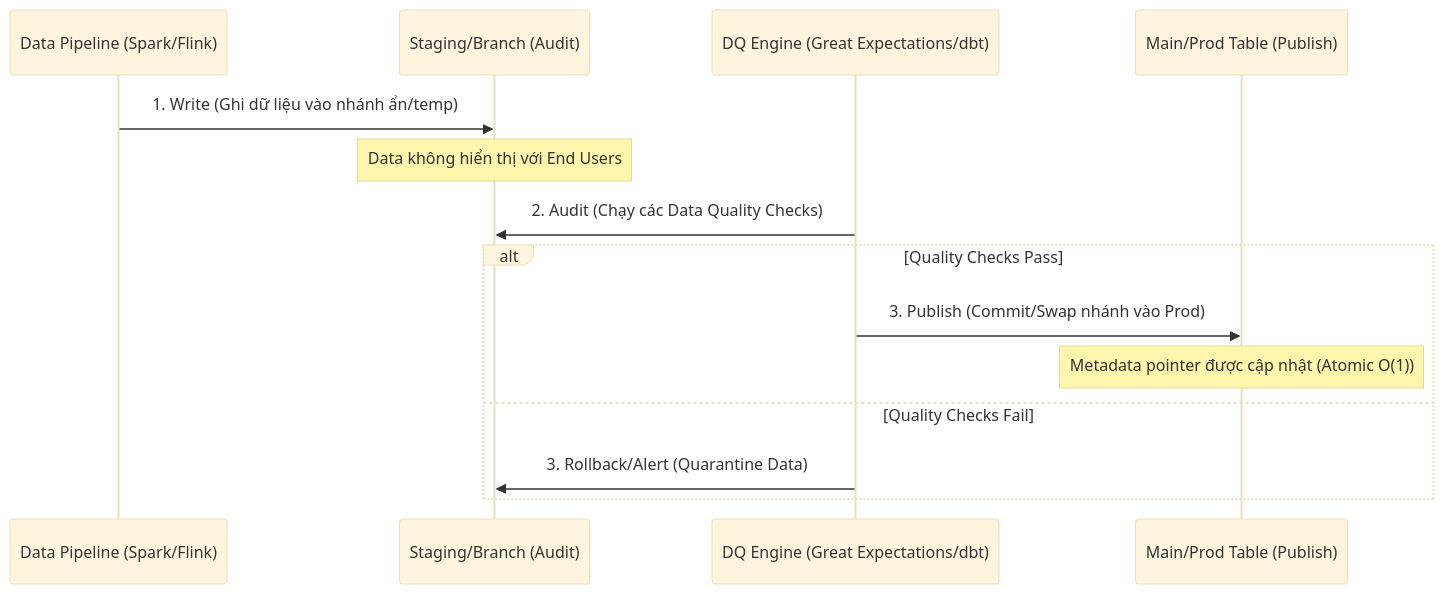
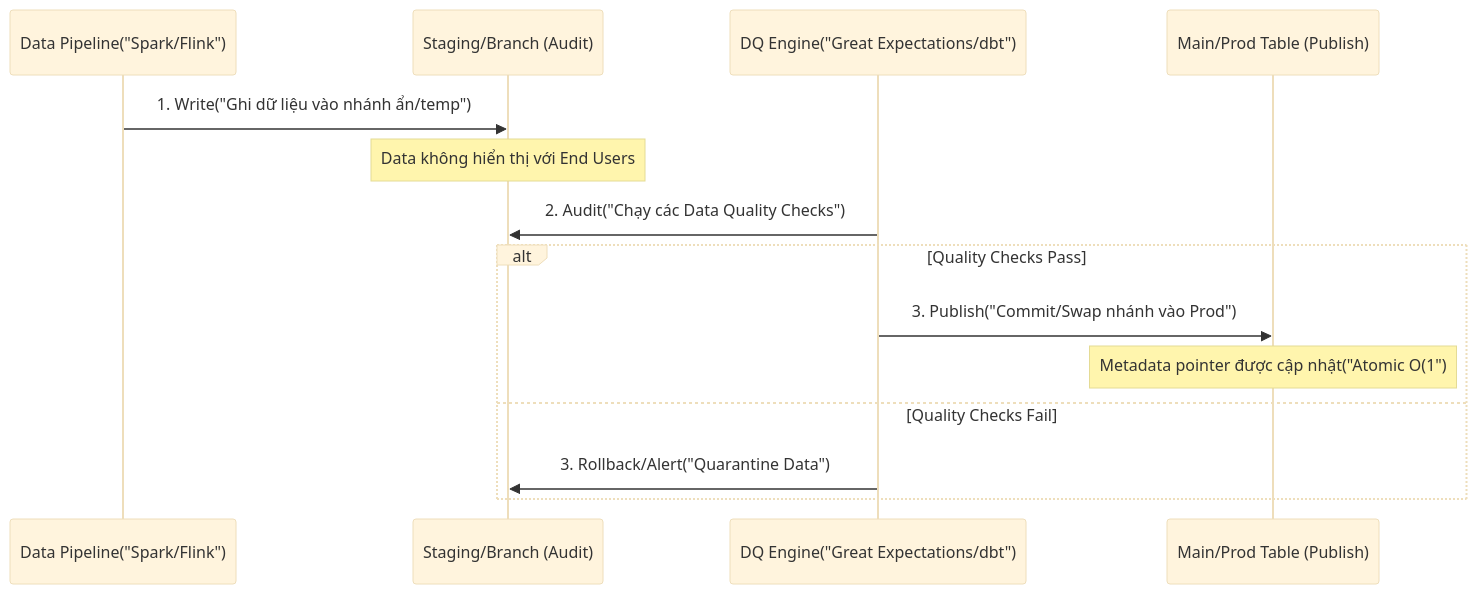
The diagram in src/content/docs/concepts/7-dataops-orchestration-quality/data-quality-dimensions.md (kythuatdulieu/kythuatdulieu.github.io), drawn with Mermaid (base theme) before and after one commit. The commit also changed 190 other files, not shown here.

Commit message:
fix: resolve mermaid syntax, math rendering, and metadata issues from content rewrite

````diff
--- a/src/content/docs/concepts/7-dataops-orchestration-quality/data-quality-dimensions.md
+++ b/src/content/docs/concepts/7-dataops-orchestration-quality/data-quality-dimensions.md
@@ -53,17 +53,17 @@
 ```mermaid
 sequenceDiagram
-    participant P as Data Pipeline (Spark/Flink)
+    participant P as Data Pipeline("Spark/Flink")
     participant S as Staging/Branch (Audit)
-    participant Q as DQ Engine (Great Expectations/dbt)
+    participant Q as DQ Engine("Great Expectations/dbt")
     participant M as Main/Prod Table (Publish)
 
-    P->>S: 1. Write (Ghi dữ liệu vào nhánh ẩn/temp)
+    P->>S: 1. Write("Ghi dữ liệu vào nhánh ẩn/temp")
     Note over S: Data không hiển thị với End Users
-    Q->>S: 2. Audit (Chạy các Data Quality Checks)
+    Q->>S: 2. Audit("Chạy các Data Quality Checks")
     alt Quality Checks Pass
-        Q->>M: 3. Publish (Commit/Swap nhánh vào Prod)
-        Note over M: Metadata pointer được cập nhật (Atomic O(1))
+        Q->>M: 3. Publish("Commit/Swap nhánh vào Prod")
+        Note over M: Metadata pointer được cập nhật("Atomic O(1")
     else Quality Checks Fail
-        Q->>S: 3. Rollback/Alert (Quarantine Data)
+        Q->>S: 3. Rollback/Alert("Quarantine Data")
     end
 ```
````
